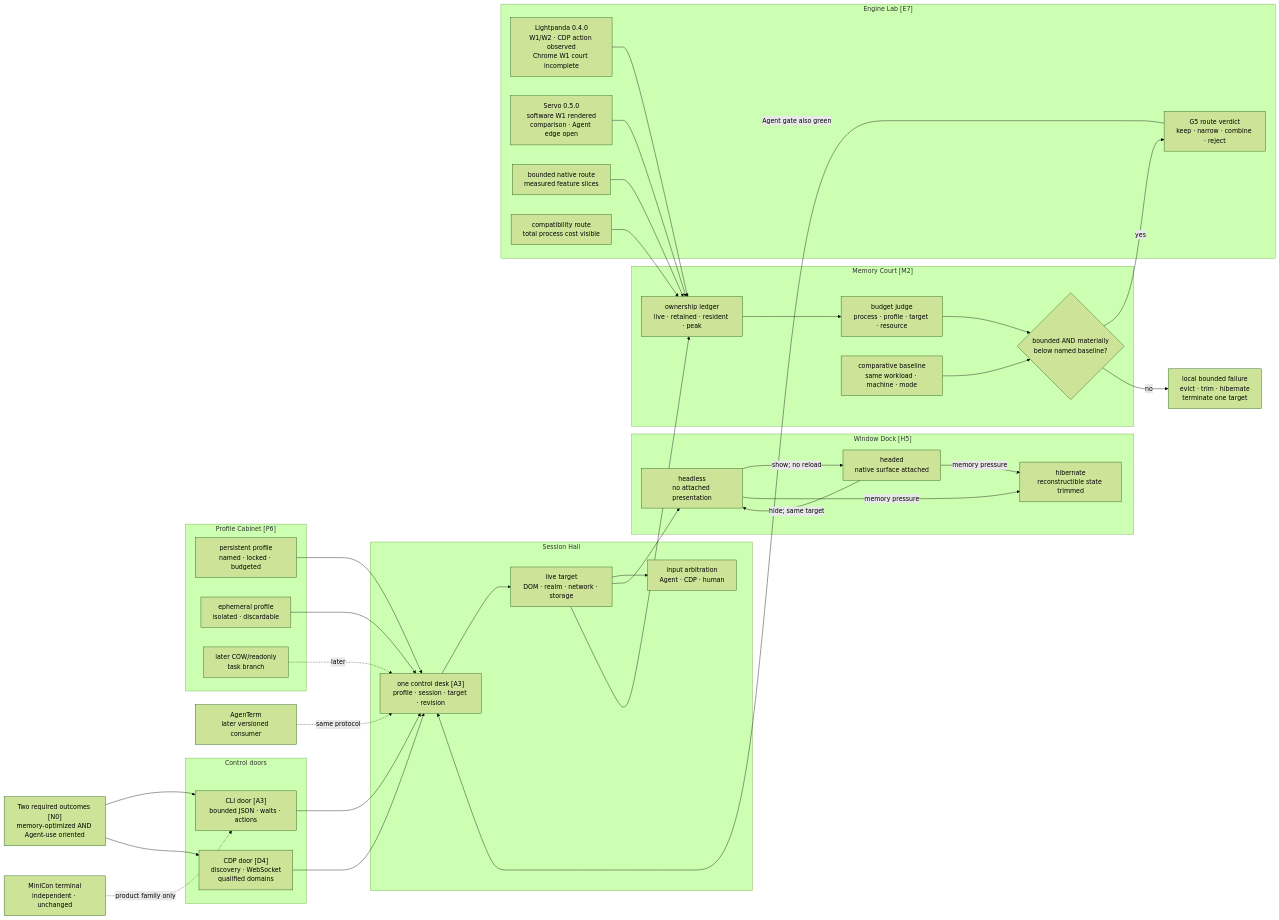
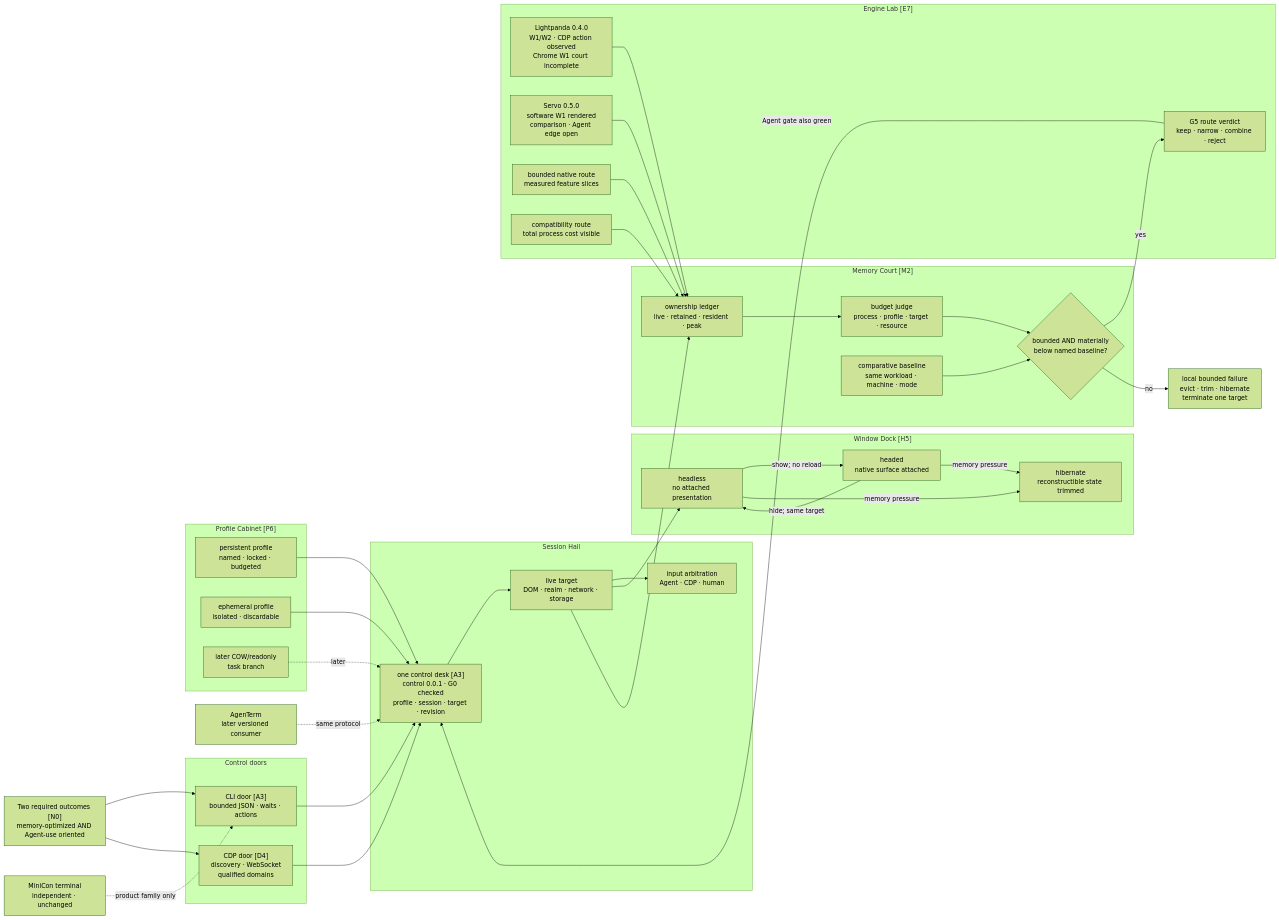
The diagram in plan/plan-0.0.x.md (partnernetsoftware/minicon-surf), drawn with Mermaid (forest theme) before and after one commit. The commit also changed other lines of this file and 9 other files, not shown here.

Commit message:
Define checked control vocabulary 0.0.1

````diff
--- a/plan/plan-0.0.x.md
+++ b/plan/plan-0.0.x.md
@@ -151,64 +151,64 @@
 ```mermaid
 flowchart LR
     U["Two required outcomes [N0]<br/>memory-optimized AND Agent-use oriented"]
 
     subgraph ENTRY["Control doors"]
         CLI["CLI door [A3]<br/>bounded JSON · waits · actions"]
         CDP["CDP door [D4]<br/>discovery · WebSocket<br/>qualified domains"]
     end
 
     subgraph ID["Profile Cabinet [P6]"]
         PP["persistent profile<br/>named · locked · budgeted"]
         EP["ephemeral profile<br/>isolated · discardable"]
         CP["later COW/readonly<br/>task branch"]
     end
 
     subgraph LIVE["Session Hall"]
-        CTRL["one control desk [A3]<br/>profile · session · target · revision"]
+        CTRL["one control desk [A3]<br/>control 0.0.1 · G0 checked<br/>profile · session · target · revision"]
         PAGE["live target<br/>DOM · realm · network · storage"]
         ARB["input arbitration<br/>Agent · CDP · human"]
     end
 
     subgraph SURF["Window Dock [H5]"]
         OFF["headless<br/>no attached presentation"]
         ON["headed<br/>native surface attached"]
         HIB["hibernate<br/>reconstructible state trimmed"]
     end
 
     subgraph MEM["Memory Court [M2]"]
         BOOK["ownership ledger<br/>live · retained · resident · peak"]
         LIMIT["budget judge<br/>process · profile · target · resource"]
         BASE["comparative baseline<br/>same workload · machine · mode"]
         PRESS{"bounded AND materially<br/>below named baseline?"}
     end
 
     subgraph LAB["Engine Lab [E7]"]
         LP["Lightpanda 0.4.0<br/>W1/W2 · CDP action observed<br/>Chrome W1 court incomplete"]
         SERVO["Servo 0.5.0<br/>software W1 rendered<br/>comparison · Agent edge open"]
         NATIVE["bounded native route<br/>measured feature slices"]
         COMPAT["compatibility route<br/>total process cost visible"]
         DECIDE["G5 route verdict<br/>keep · narrow · combine · reject"]
     end
 
     AT["AgenTerm<br/>later versioned consumer"]
     MINI["MiniCon terminal<br/>independent · unchanged"]
     FAIL["local bounded failure<br/>evict · trim · hibernate<br/>terminate one target"]
 
     U --> CLI & CDP
     CLI & CDP --> CTRL
     PP & EP --> CTRL
     CP -. later .-> CTRL
     CTRL --> PAGE --> ARB
     PAGE --> OFF
     OFF -->|show; no reload| ON
     ON -->|hide; same target| OFF
     OFF & ON -->|memory pressure| HIB
     PAGE --> BOOK --> LIMIT --> PRESS
     BASE --> PRESS
     LP & SERVO & NATIVE & COMPAT --> BOOK
     PRESS -->|yes| DECIDE
     PRESS -->|no| FAIL
     DECIDE -->|Agent gate also green| CTRL
     AT -. same protocol .-> CTRL
     MINI -. product family only .-> CLI
 ```
````
